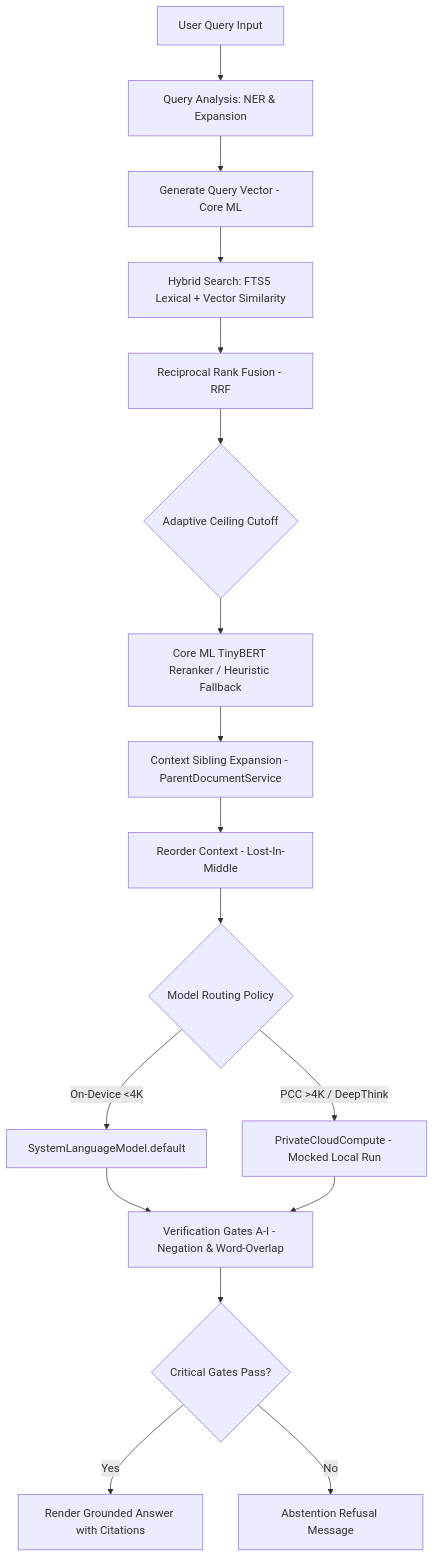
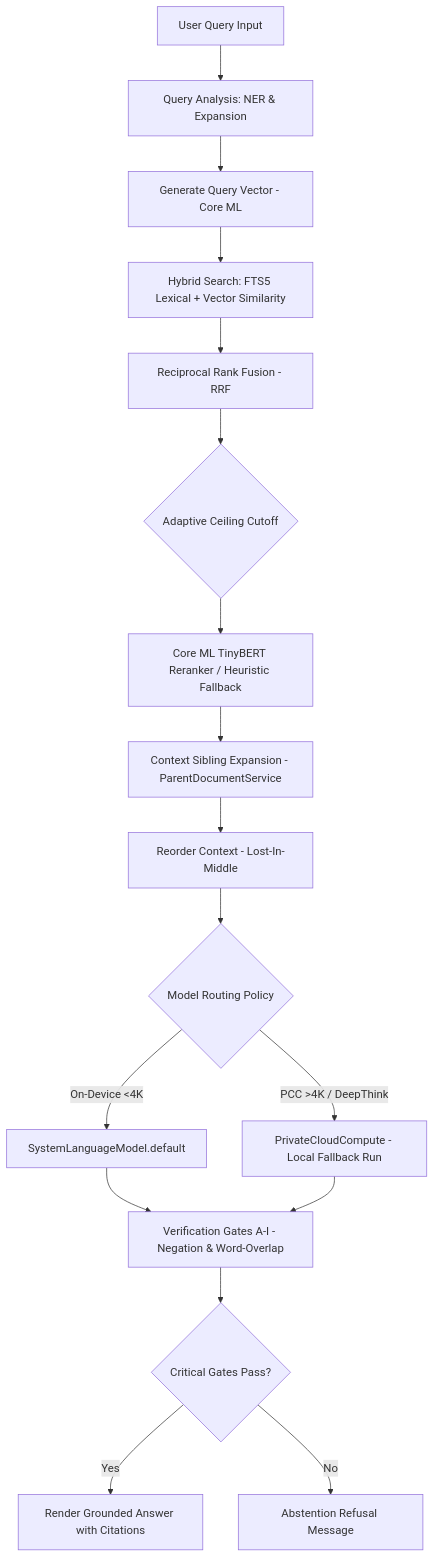
One commit to Gunnarguy/OpenIntelligence changed the diagram in Docs/RETRIEVAL_PIPELINE.md. Above: the diagram before and after it, drawn with Mermaid. The commit also changed 35 other files, not shown here.

````diff
--- a/Docs/RETRIEVAL_PIPELINE.md
+++ b/Docs/RETRIEVAL_PIPELINE.md
@@ -16,19 +16,19 @@
 ```mermaid
 flowchart TD
     UserQuery[User Query Input] --> QueryPlan[Query Analysis: NER & Expansion]
     QueryPlan --> EmbeddingGen[Generate Query Vector - Core ML]
     EmbeddingGen --> HybridSearch[Hybrid Search: FTS5 Lexical + Vector Similarity]
     HybridSearch --> RRF[Reciprocal Rank Fusion - RRF]
     RRF --> Cutoff{Adaptive Ceiling Cutoff}
     Cutoff --> Rerank[Core ML TinyBERT Reranker / Heuristic Fallback]
     Rerank --> ContextExpand[Context Sibling Expansion - ParentDocumentService]
     ContextExpand --> LostInMiddle[Reorder Context - Lost-In-Middle]
     LostInMiddle --> ModelRoute{Model Routing Policy}
     ModelRoute -- On-Device <4K --> LocalLLM[SystemLanguageModel.default]
-    ModelRoute -- PCC >4K / DeepThink --> PCCLLM[PrivateCloudCompute - Mocked Local Run]
+    ModelRoute -- PCC >4K / DeepThink --> PCCLLM[PrivateCloudCompute - Local Fallback Run]
     LocalLLM --> Verification[Verification Gates A-I - Negation & Word-Overlap]
     PCCLLM --> Verification
     Verification --> Decision{Critical Gates Pass?}
     Decision -- Yes --> GroundedAnswer[Render Grounded Answer with Citations]
     Decision -- No --> AbstainRefusal[Abstention Refusal Message]
 ```
````
